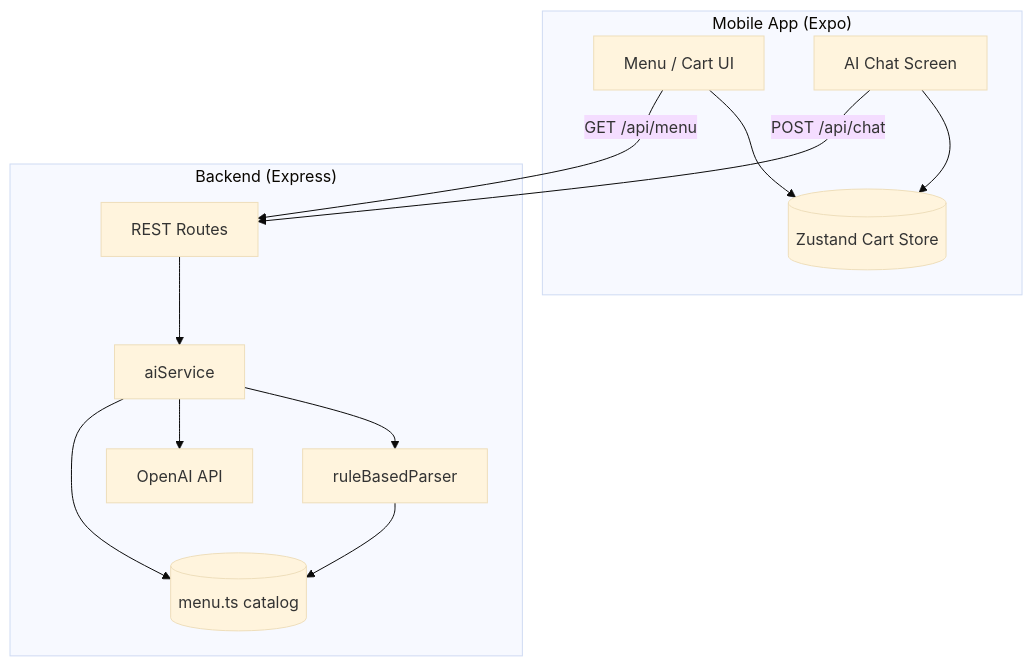
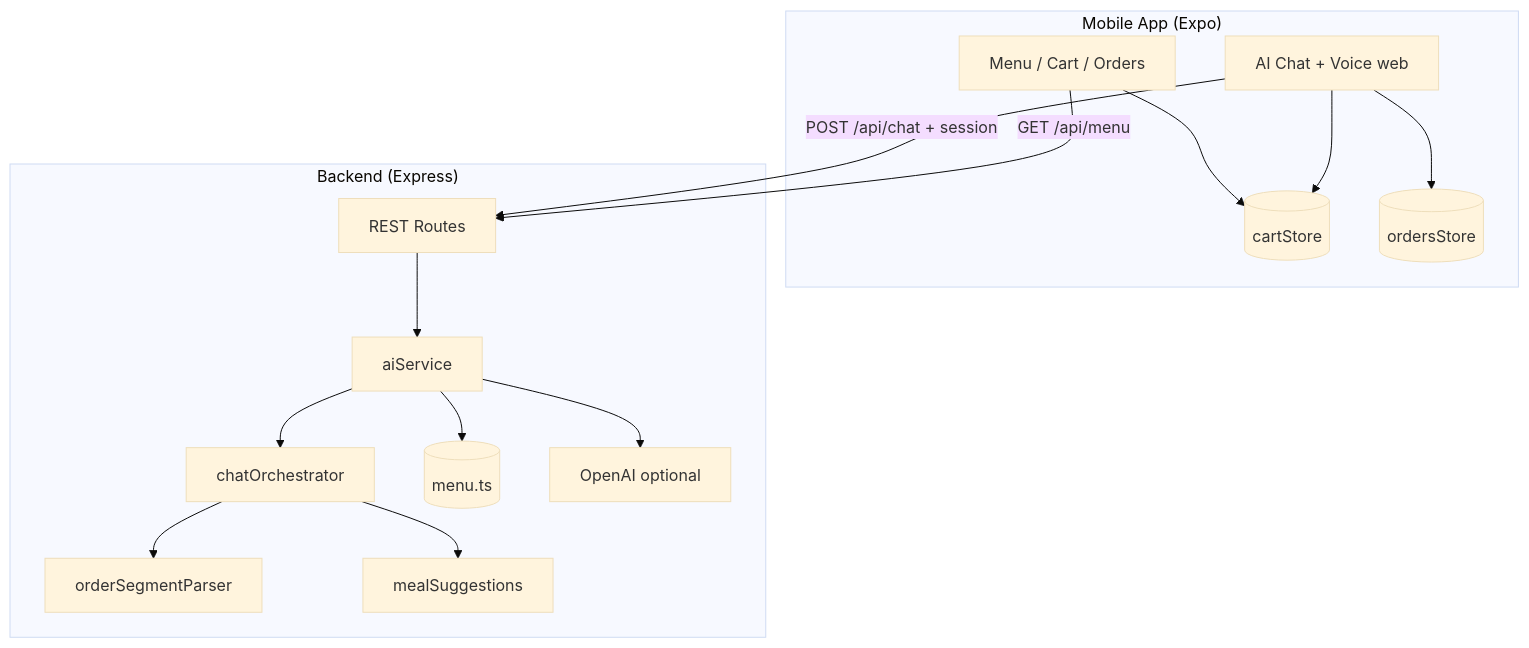
One commit to adimantamu/viridien_AI_engineering_project_aditya_rajiv changed the diagram in README.md. Above: the diagram before and after it, drawn with Mermaid (base theme). The commit also changed other lines of this file and 19 other files, not shown here.

````diff
--- a/README.md
+++ b/README.md
@@ -77,25 +148,30 @@
 ```mermaid
 flowchart TB
   subgraph Client["Mobile App (Expo)"]
-    UI[Menu / Cart UI]
-    Chat[AI Chat Screen]
-    Store[(Zustand Cart Store)]
-    UI --> Store
-    Chat --> Store
+    UI[Menu / Cart / Orders]
+    Chat[AI Chat + Voice web]
+    CartStore[(cartStore)]
+    OrderStore[(ordersStore)]
+    UI --> CartStore
+    Chat --> CartStore
+    Chat --> OrderStore
   end
 
   subgraph API["Backend (Express)"]
     Routes[REST Routes]
     AI[aiService]
-    Rules[ruleBasedParser]
-    Menu[(menu.ts catalog)]
+    Orch[chatOrchestrator]
+    Parse[orderSegmentParser]
+    Meal[mealSuggestions]
+    Menu[(menu.ts)]
     Routes --> AI
-    AI --> Rules
-    AI --> OpenAI[OpenAI API]
+    AI --> Orch
+    Orch --> Parse
+    Orch --> Meal
+    AI --> OpenAI[OpenAI optional]
     AI --> Menu
-    Rules --> Menu
   end
 
-  Chat -->|POST /api/chat| Routes
+  Chat -->|POST /api/chat + session| Routes
   UI -->|GET /api/menu| Routes
 ```
````
